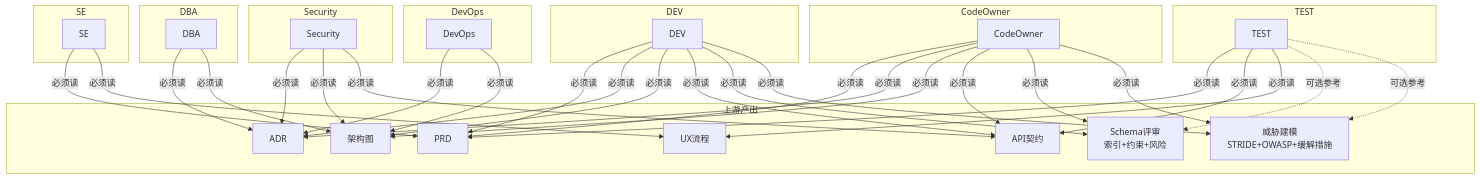
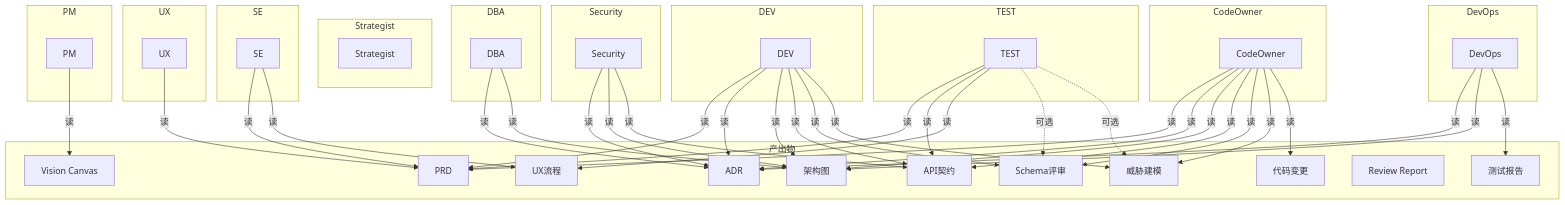
The second of 2 diagrams in docs/ARCHITECTURE.md (vince173/zcode-enterprise-workflow), drawn with Mermaid before and after one commit. The commit also changed other lines of this file and 1 other file, not shown here.

Commit message:
feat: 完整依赖图(全角色+全产出物) + DEV反馈PM/SE/DBA/Security回路 + ARCHITECTURE去emoji

````diff
--- a/docs/ARCHITECTURE.md
+++ b/docs/ARCHITECTURE.md
@@ -66,59 +73,77 @@
 ```mermaid
 flowchart TB
-    subgraph 上游产出
-        PM_OUT[PRD]
+    subgraph 产出物
+        VC[Vision Canvas]
+        PRD_OUT[PRD]
         UX_OUT[UX流程]
         ADR_OUT[ADR]
         ARCH_OUT[架构图]
         API_OUT[API契约]
-        DBA_OUT[Schema评审<br/>索引+约束+风险]
-        SEC_OUT[威胁建模<br/>STRIDE+OWASP+缓解措施]
+        DBA_OUT[Schema评审]
+        SEC_OUT[威胁建模]
+        CODE[代码变更]
+        REVIEW[Review Report]
+        TEST_OUT[测试报告]
+    end
+
+    subgraph Strategist
+        S_IN[Strategist]
+    end
+
+    subgraph PM
+        PM_IN[PM] -->|读| VC
+    end
+
+    subgraph UX
+        UX_IN[UX] -->|读| PRD_OUT
     end
 
     subgraph SE
-        SE_IN[SE] -->|必须读| PM_OUT
-        SE_IN -->|必须读| UX_OUT
+        SE_IN[SE] -->|读| PRD_OUT
+        SE_IN -->|读| UX_OUT
     end
 
     subgraph DBA
-        DBA_IN[DBA] -->|必须读| ADR_OUT
-        DBA_IN -->|必须读| ARCH_OUT
+        DBA_IN[DBA] -->|读| ADR_OUT
+        DBA_IN -->|读| ARCH_OUT
     end
 
     subgraph Security
-        SEC_IN[Security] -->|必须读| ADR_OUT
-        SEC_IN -->|必须读| ARCH_OUT
-        SEC_IN -->|必须读| API_OUT
+        SEC_IN[Security] -->|读| ADR_OUT
+        SEC_IN -->|读| ARCH_OUT
+        SEC_IN -->|读| API_OUT
     end
 
     subgraph DEV
-        DEV_IN[DEV] -->|必须读| PM_OUT
-        DEV_IN -->|必须读| ADR_OUT
-        DEV_IN -->|必须读| ARCH_OUT
-        DEV_IN -->|必须读| API_OUT
-        DEV_IN -->|必须读| DBA_OUT
-        DEV_IN -->|必须读| SEC_OUT
+        DEV_IN[DEV] -->|读| PRD_OUT
+        DEV_IN -->|读| ADR_OUT
+        DEV_IN -->|读| ARCH_OUT
+        DEV_IN -->|读| API_OUT
+        DEV_IN -->|读| DBA_OUT
+        DEV_IN -->|读| SEC_OUT
     end
 
     subgraph CodeOwner
-        CO_IN[CodeOwner] -->|必须读| PM_OUT
-        CO_IN -->|必须读| ADR_OUT
-        CO_IN -->|必须读| ARCH_OUT
-        CO_IN -->|必须读| API_OUT
-        CO_IN -->|必须读| DBA_OUT
-        CO_IN -->|必须读| SEC_OUT
+        CO_IN[CodeOwner] -->|读| PRD_OUT
+        CO_IN -->|读| ADR_OUT
+        CO_IN -->|读| ARCH_OUT
+        CO_IN -->|读| API_OUT
+        CO_IN -->|读| DBA_OUT
+        CO_IN -->|读| SEC_OUT
+        CO_IN -->|读| CODE
     end
 
     subgraph TEST
-        TEST_IN[TEST] -->|必须读| PM_OUT
-        TEST_IN -->|必须读| API_OUT
-        TEST_IN -->|必须读| UX_OUT
-        TEST_IN -.->|可选参考| DBA_OUT
-        TEST_IN -.->|可选参考| SEC_OUT
+        TEST_IN[TEST] -->|读| PRD_OUT
+        TEST_IN -->|读| API_OUT
+        TEST_IN -->|读| UX_OUT
+        TEST_IN -.->|可选| DBA_OUT
+        TEST_IN -.->|可选| SEC_OUT
     end
 
     subgraph DevOps
-        DO_IN[DevOps] -->|必须读| ADR_OUT
-        DO_IN -->|必须读| ARCH_OUT
+        DO_IN[DevOps] -->|读| ADR_OUT
+        DO_IN -->|读| ARCH_OUT
+        DO_IN -->|读| TEST_OUT
     end
 ```
````
